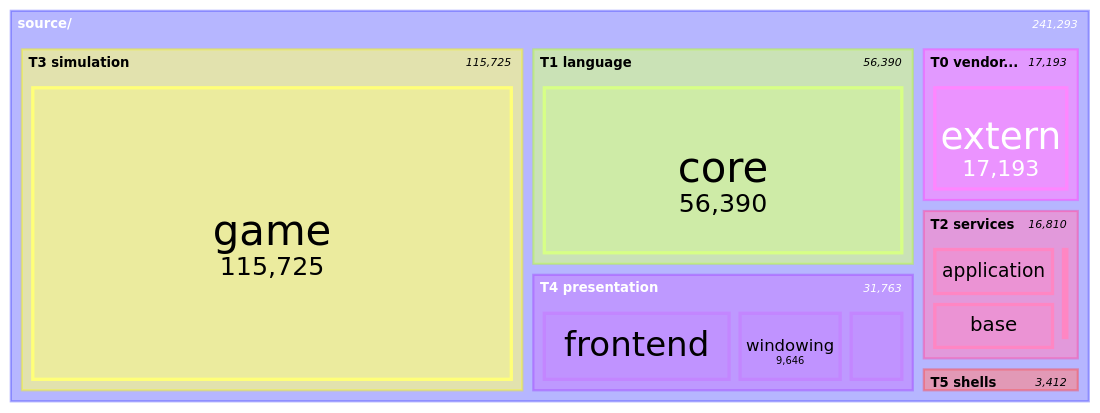
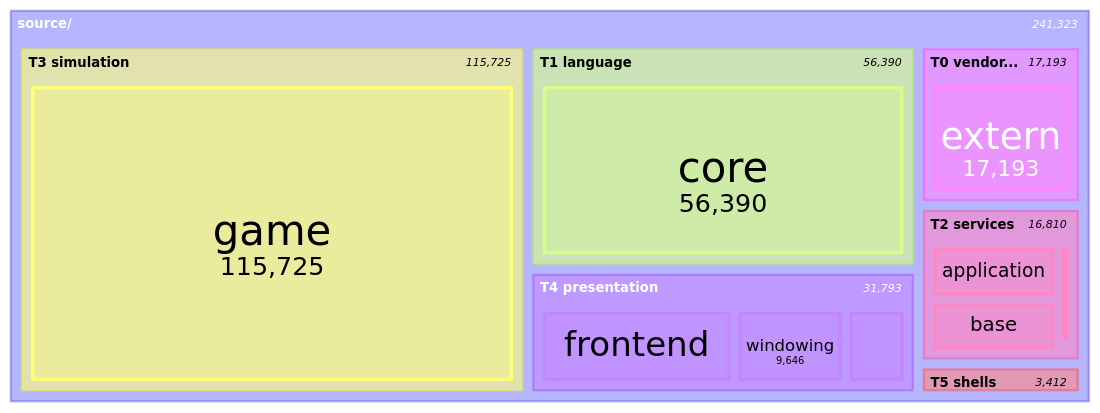
One commit to apnex/OpenStarbound changed the seventh of 11 diagrams in docs/architecture/system-boundaries.md. Above: the diagram before and after it, drawn with Mermaid. The commit also changed other lines of this file and 2 other files, not shown here.

````diff
--- a/docs/architecture/system-boundaries.md
+++ b/docs/architecture/system-boundaries.md
@@ -599,22 +599,22 @@
 ```mermaid
 treemap-beta
 "source/"
     "T0 vendored"
         "extern": 17193
     "T1 language"
         "core": 56390
     "T2 services"
         "application": 7677
         "base": 7472
         "metrics": 1519
         "platform": 142
     "T3 simulation"
         "game": 115725
     "T4 presentation"
         "frontend": 16866
         "windowing": 9646
-        "rendering": 5251
+        "rendering": 5281
     "T5 shells"
         "client": 2629
         "server": 783
 ```
````
